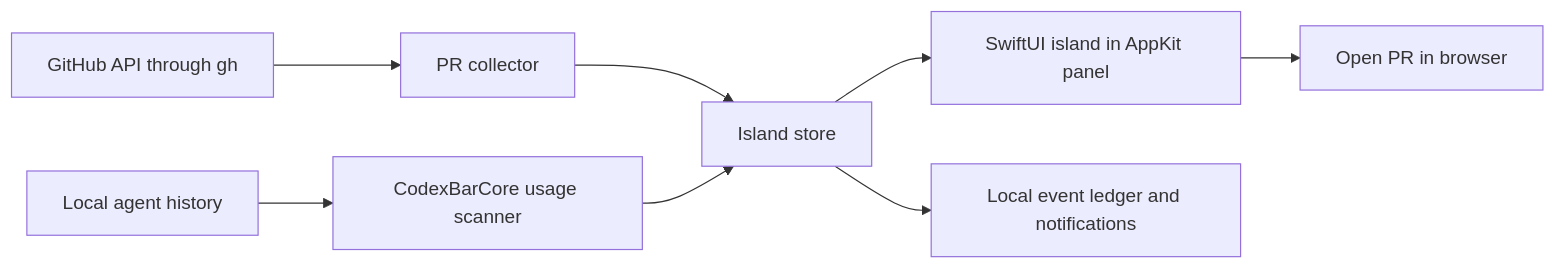
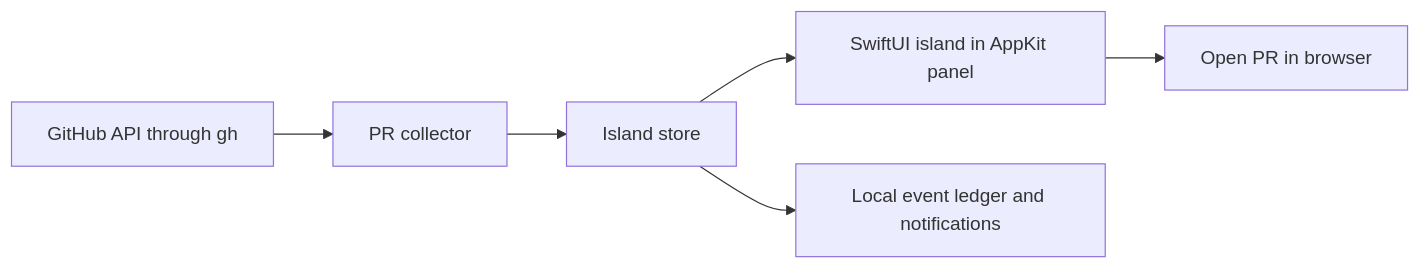
The diagram in docs/architecture.md (ppazosp/gitisle), drawn with Mermaid before and after one commit. The commit also changed other lines of this file and 26 other files, not shown here.

First line of the commit message:
feat: Stats shows how your PRs ship, not agent usage

````diff
--- a/docs/architecture.md
+++ b/docs/architecture.md
@@ -8,10 +8,8 @@
 ```mermaid
 flowchart LR
   GH[GitHub API through gh] --> G[PR collector]
-  LOG[Local agent history] --> C[CodexBarCore usage scanner]
   G --> S[Island store]
-  C --> S
   S --> U[SwiftUI island in AppKit panel]
   S --> N[Local event ledger and notifications]
   U --> B[Open PR in browser]
 ```
````
